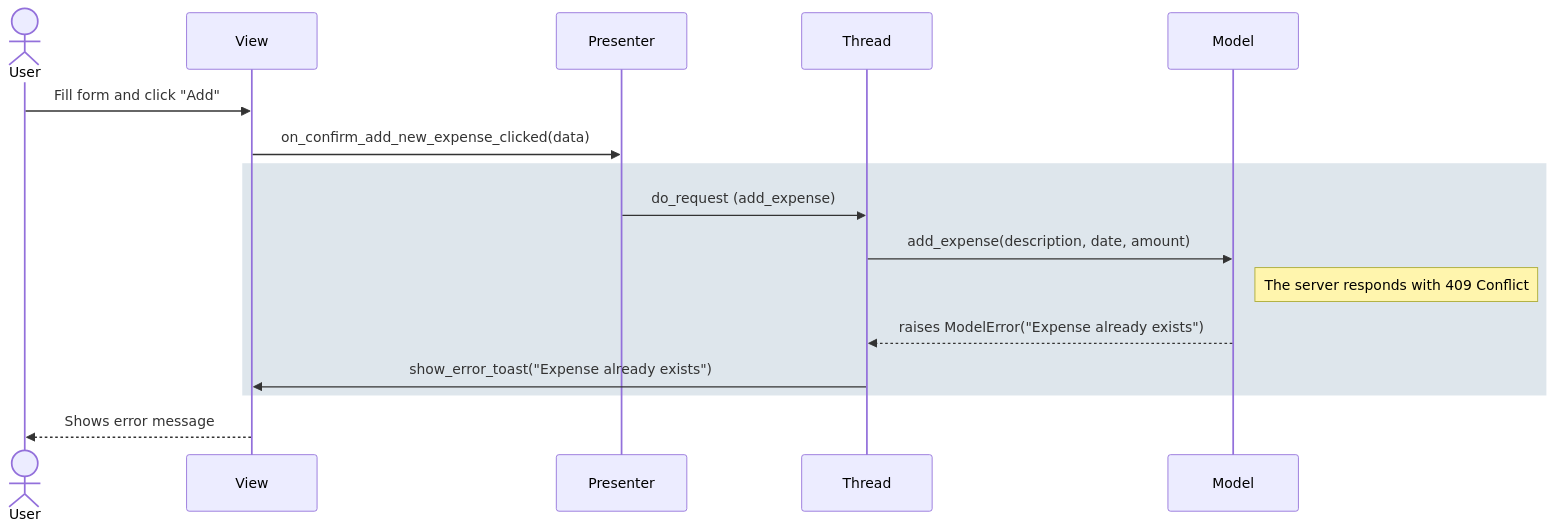
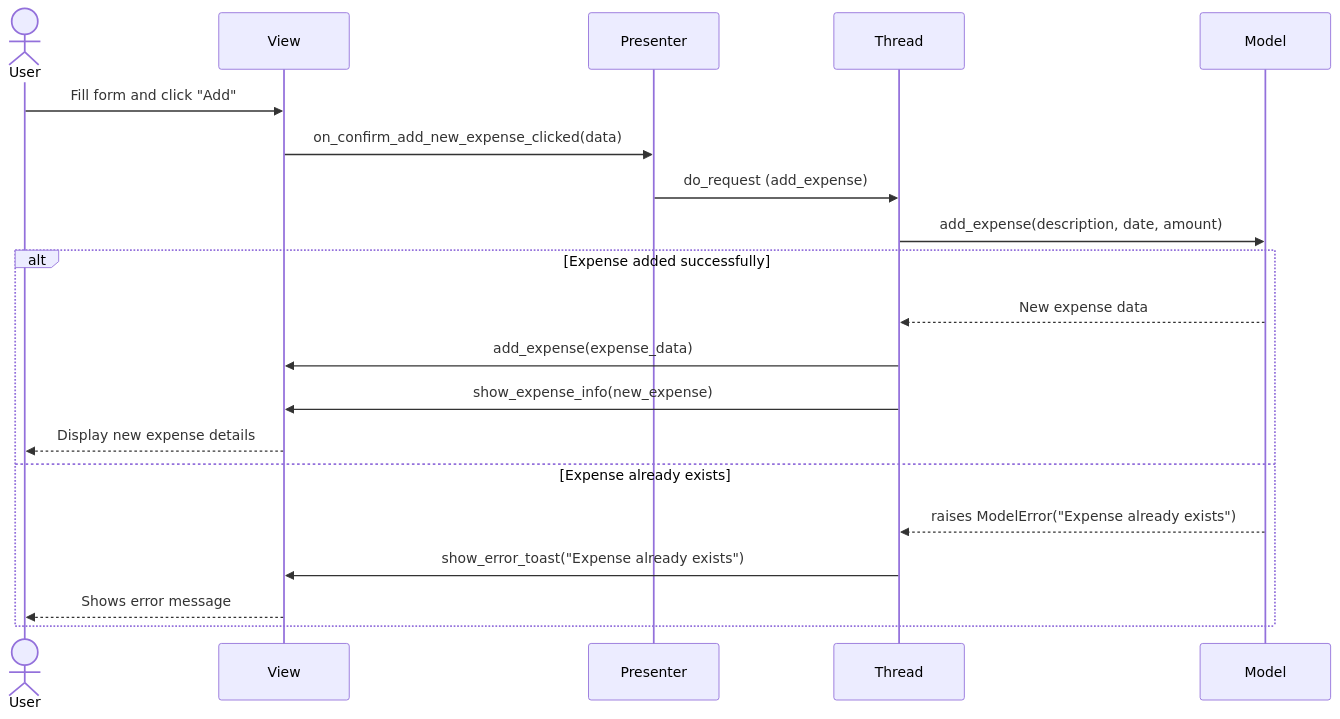
One commit to alexborrazasm/ipm changed the fourth of 4 diagrams in diseños/diseño_sw.md. Above: the diagram before and after it, drawn with Mermaid.

Commit message:
[DISEÑOS] corregido diagrama de secuencia: Error al añadir gasto duplicado

````diff
--- a/diseños/diseño_sw.md
+++ b/diseños/diseño_sw.md
@@ -218,22 +218,24 @@
 ```mermaid
 sequenceDiagram
     actor User
     participant View
     participant Presenter
     participant Thread
     participant Model
 
     User->>View: Fill form and click "Add"
     View->>Presenter: on_confirm_add_new_expense_clicked(data)
-    
-    rect rgba(92, 130, 159, 0.2)
-        Presenter ->> Thread: do_request (add_expense)
-        Thread ->> Model: add_expense(description, date, amount)
-        note right of Model: The server responds with 409 Conflict
+    Presenter ->> Thread: do_request (add_expense)
+    Thread ->> Model: add_expense(description, date, amount)
+
+    alt Expense added successfully
+        Model -->> Thread: New expense data
+        Thread ->> View: add_expense(expense_data)
+        Thread ->> View: show_expense_info(new_expense)
+        View-->>User: Display new expense details
+    else Expense already exists
         Model -->> Thread: raises ModelError("Expense already exists")
-        
         Thread ->> View: show_error_toast("Expense already exists")
+        View-->>User: Shows error message
     end
-    
-    View-->>User: Shows error message
 ```
````
